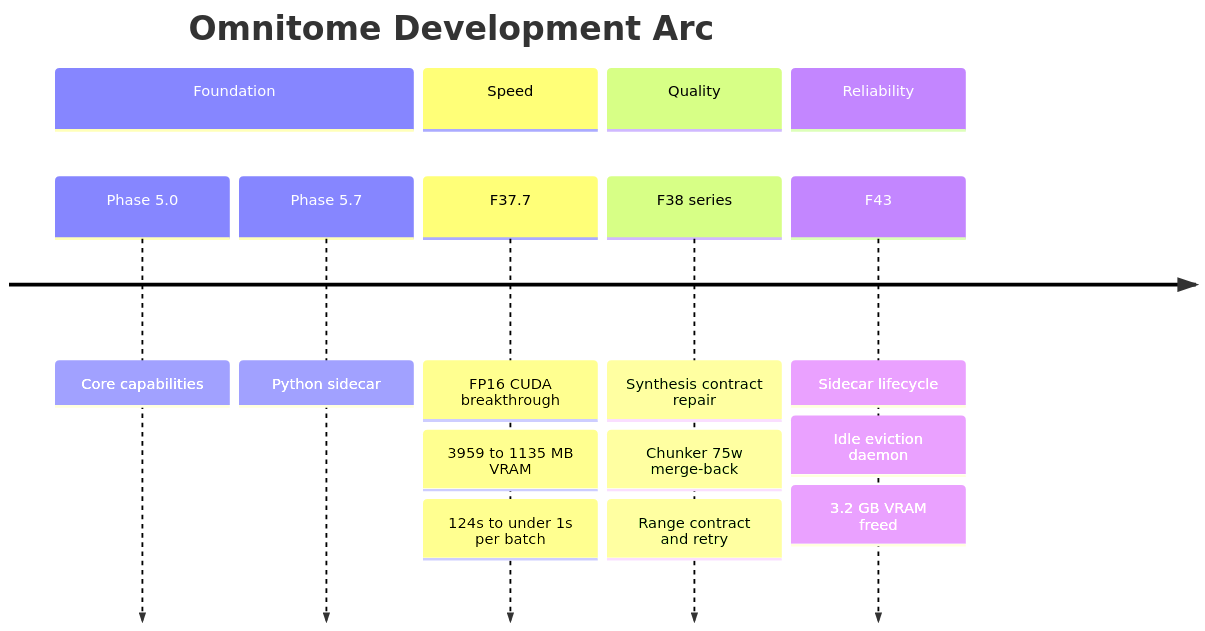
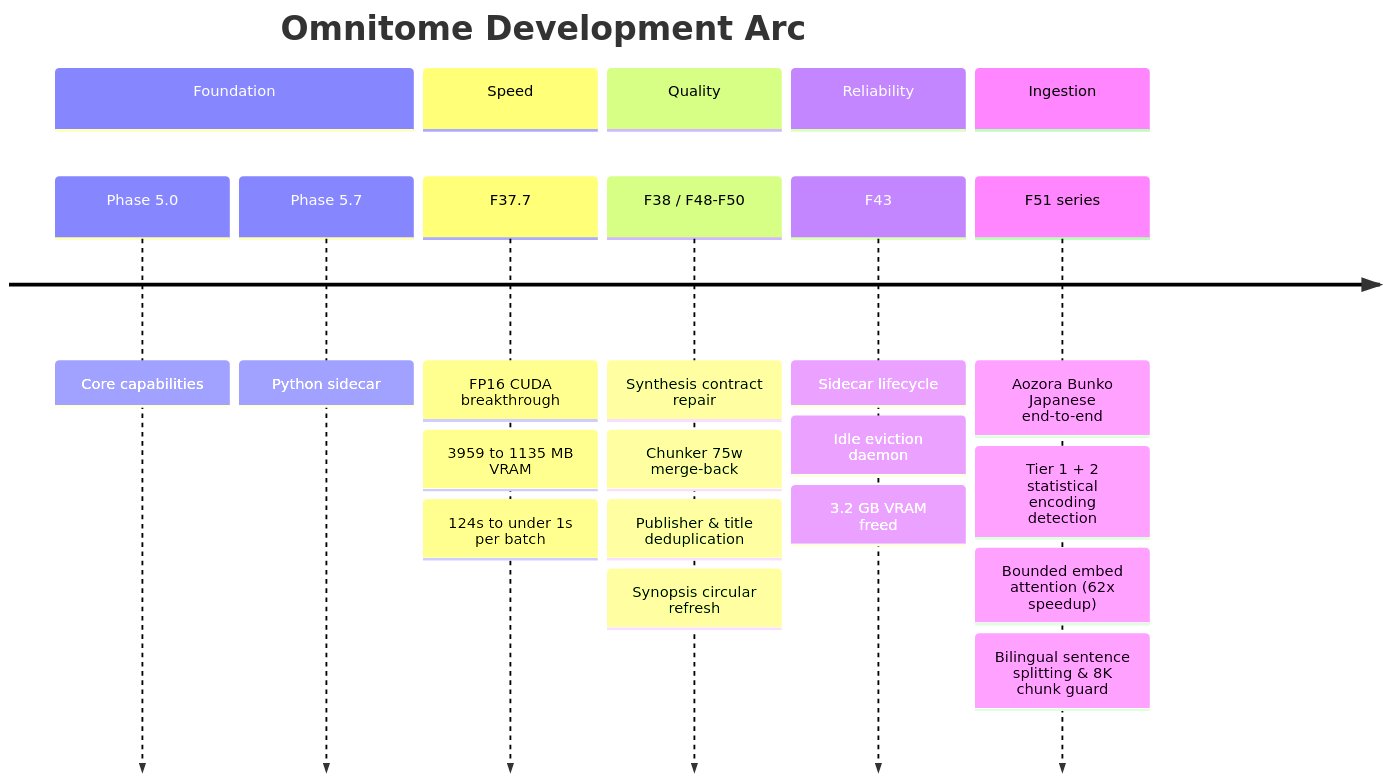
The first of 2 diagrams in README.md (avengersvstheflash/Smart-Reader), drawn with Mermaid before and after one commit. The commit also changed other lines of this file, not shown here.

Commit message:
docs: update README with F51 series Japanese ingestion & architecture additions

````diff
--- a/README.md
+++ b/README.md
@@ -27,19 +27,25 @@
 ```mermaid
 timeline
     title Omnitome Development Arc
     section Foundation
         Phase 5.0 : Core capabilities
         Phase 5.7 : Python sidecar
     section Speed
         F37.7 : FP16 CUDA breakthrough
               : 3959 to 1135 MB VRAM
               : 124s to under 1s per batch
     section Quality
-        F38 series : Synthesis contract repair
-                   : Chunker 75w merge-back
-                   : Range contract and retry
+        F38 / F48-F50 : Synthesis contract repair
+                      : Chunker 75w merge-back
+                      : Publisher & title deduplication
+                      : Synopsis circular refresh
     section Reliability
         F43 : Sidecar lifecycle
             : Idle eviction daemon
             : 3.2 GB VRAM freed
+    section Ingestion
+        F51 series : Aozora Bunko Japanese end-to-end
+                   : Tier 1 + 2 statistical encoding detection
+                   : Bounded embed attention (62x speedup)
+                   : Bilingual sentence splitting & 8K chunk guard
 ```
````
